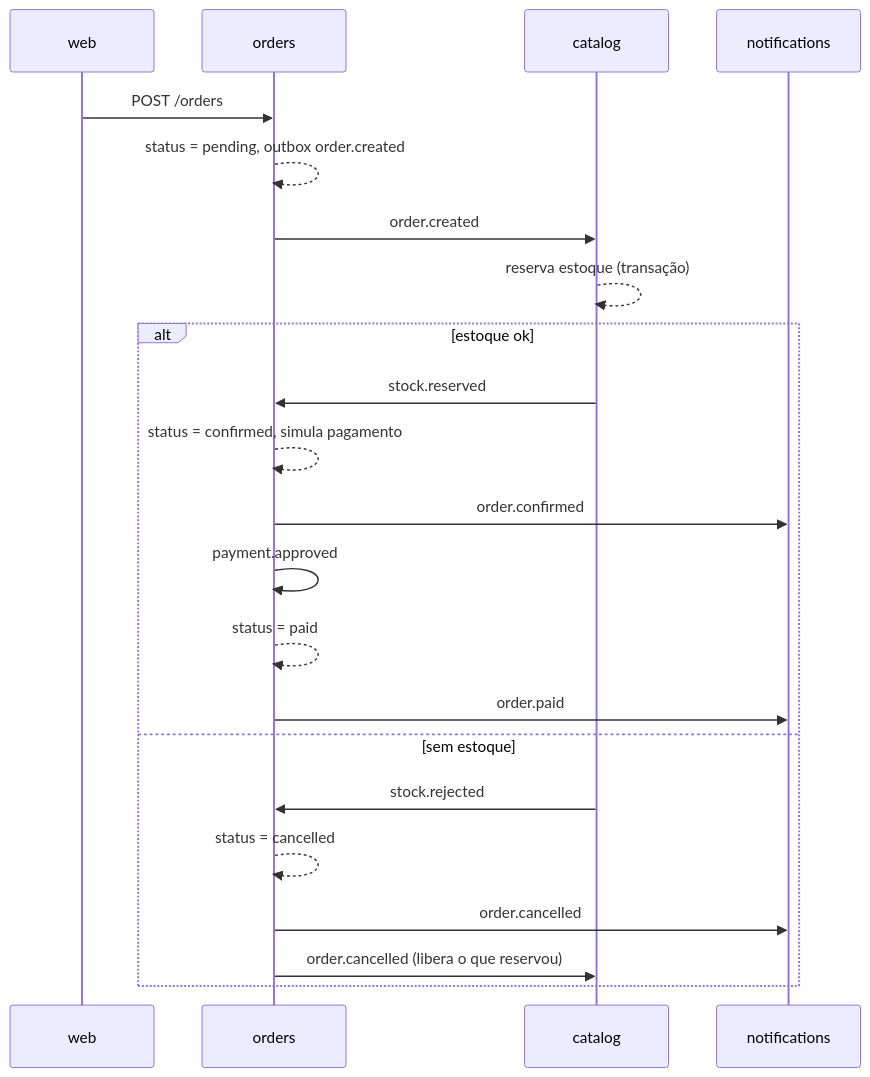
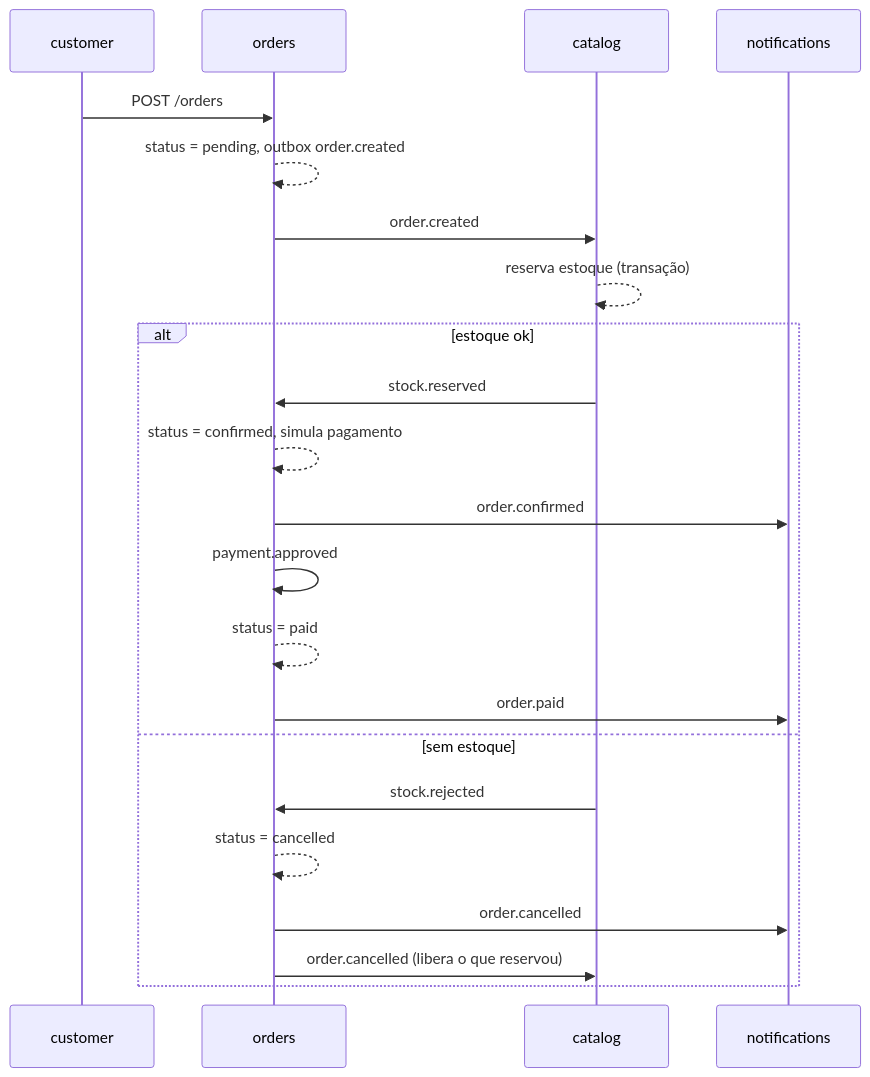
The diagram in docs/CONTRATOS.md (DeborahDalonso/marketplace), drawn with Mermaid before and after one commit. The commit also changed other lines of this file and 2 other files, not shown here.

Commit message:
docs: rename web front-end to customer

````diff
--- a/docs/CONTRATOS.md
+++ b/docs/CONTRATOS.md
@@ -190,24 +190,24 @@
 ```mermaid
 sequenceDiagram
-    participant W as web
+    participant W as customer
     participant O as orders
     participant C as catalog
     participant N as notifications
     W->>O: POST /orders
     O-->>O: status = pending, outbox order.created
     O->>C: order.created
     C-->>C: reserva estoque (transação)
     alt estoque ok
         C->>O: stock.reserved
         O-->>O: status = confirmed, simula pagamento
         O->>N: order.confirmed
         O->>O: payment.approved
         O-->>O: status = paid
         O->>N: order.paid
     else sem estoque
         C->>O: stock.rejected
         O-->>O: status = cancelled
         O->>N: order.cancelled
         O->>C: order.cancelled (libera o que reservou)
     end
 ```
````
